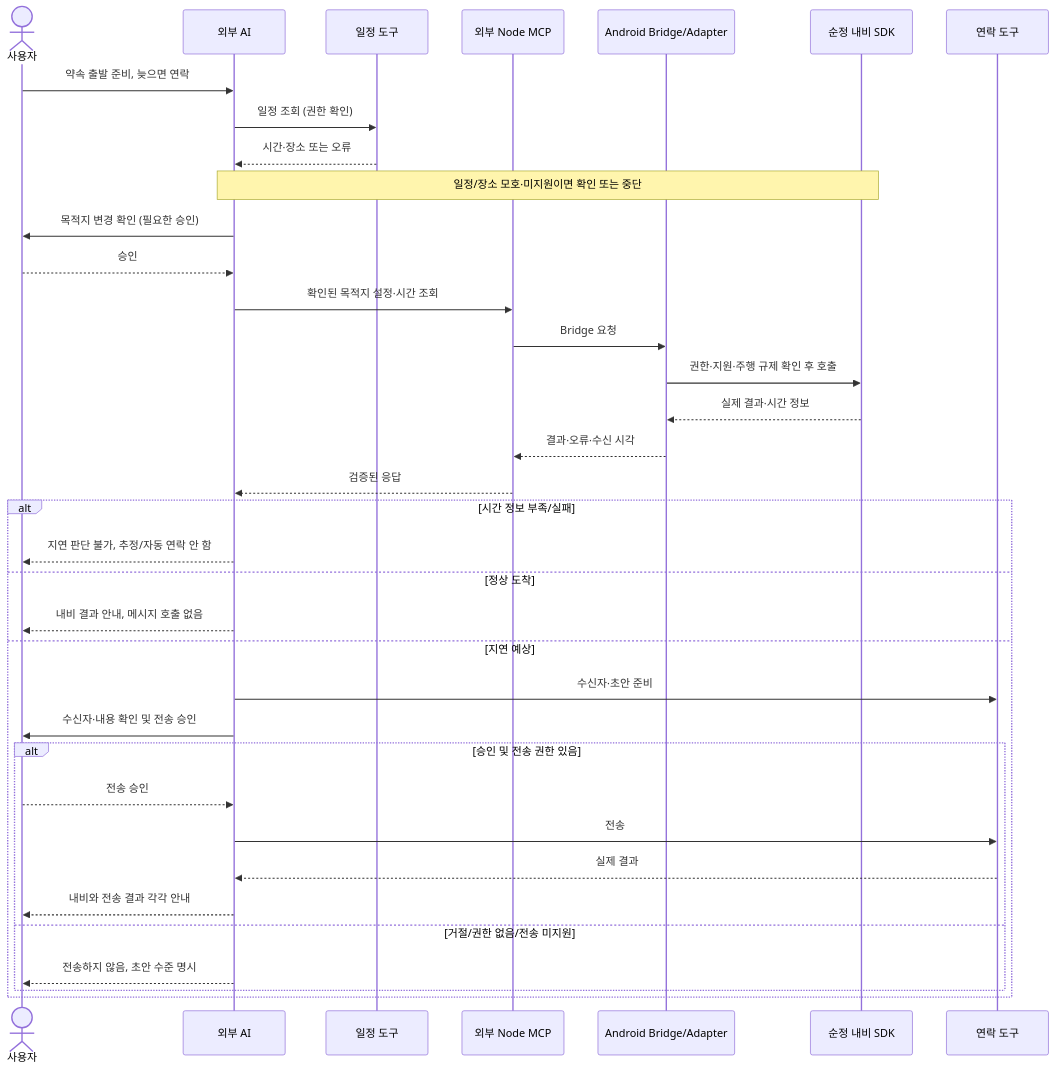
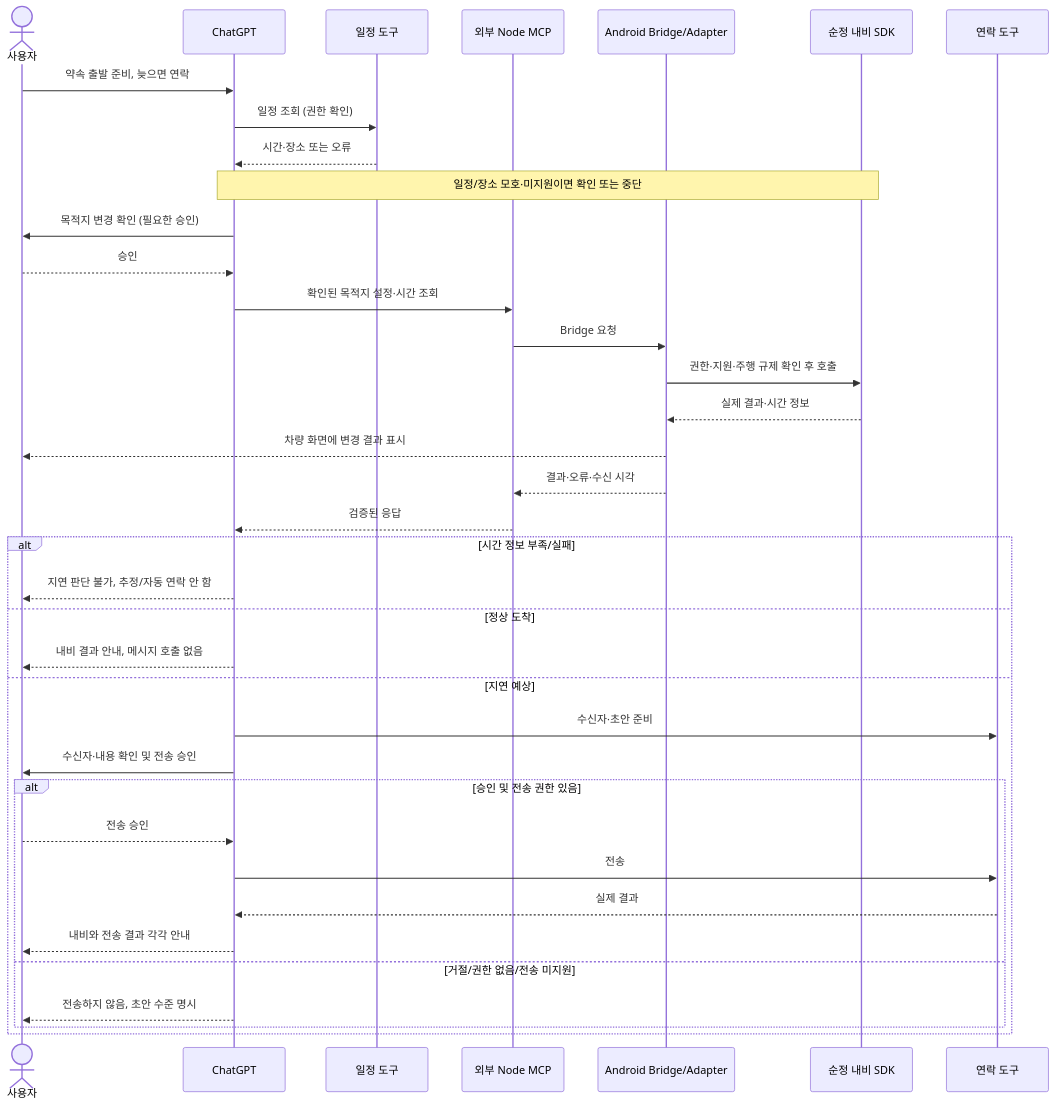
Before and after one commit to SubHye/Pleos_PA: the diagram in docs/architecture/scenarios/appointment-departure.md, drawn with Mermaid. The commit also changed other lines of this file and 4 other files, not shown here.

````diff
--- a/docs/architecture/scenarios/appointment-departure.md
+++ b/docs/architecture/scenarios/appointment-departure.md
@@ -5,38 +5,39 @@
 ```mermaid
 sequenceDiagram
     actor User as 사용자
-    participant AI as 외부 AI
+    participant AI as ChatGPT
     participant Calendar as 일정 도구
     participant MCP as 외부 Node MCP
     participant App as Android Bridge/Adapter
     participant Navi as 순정 내비 SDK
     participant Message as 연락 도구
     User->>AI: 약속 출발 준비, 늦으면 연락
     AI->>Calendar: 일정 조회 (권한 확인)
     Calendar-->>AI: 시간·장소 또는 오류
     Note over AI,Navi: 일정/장소 모호·미지원이면 확인 또는 중단
     AI->>User: 목적지 변경 확인 (필요한 승인)
     User-->>AI: 승인
     AI->>MCP: 확인된 목적지 설정·시간 조회
     MCP->>App: Bridge 요청
     App->>Navi: 권한·지원·주행 규제 확인 후 호출
     Navi-->>App: 실제 결과·시간 정보
+    App-->>User: 차량 화면에 변경 결과 표시
     App-->>MCP: 결과·오류·수신 시각
     MCP-->>AI: 검증된 응답
     alt 시간 정보 부족/실패
         AI-->>User: 지연 판단 불가, 추정/자동 연락 안 함
     else 정상 도착
         AI-->>User: 내비 결과 안내, 메시지 호출 없음
     else 지연 예상
         AI->>Message: 수신자·초안 준비
         AI->>User: 수신자·내용 확인 및 전송 승인
         alt 승인 및 전송 권한 있음
             User-->>AI: 전송 승인
             AI->>Message: 전송
             Message-->>AI: 실제 결과
             AI-->>User: 내비와 전송 결과 각각 안내
         else 거절/권한 없음/전송 미지원
             AI-->>User: 전송하지 않음, 초안 수준 명시
         end
     end
 ```
````
